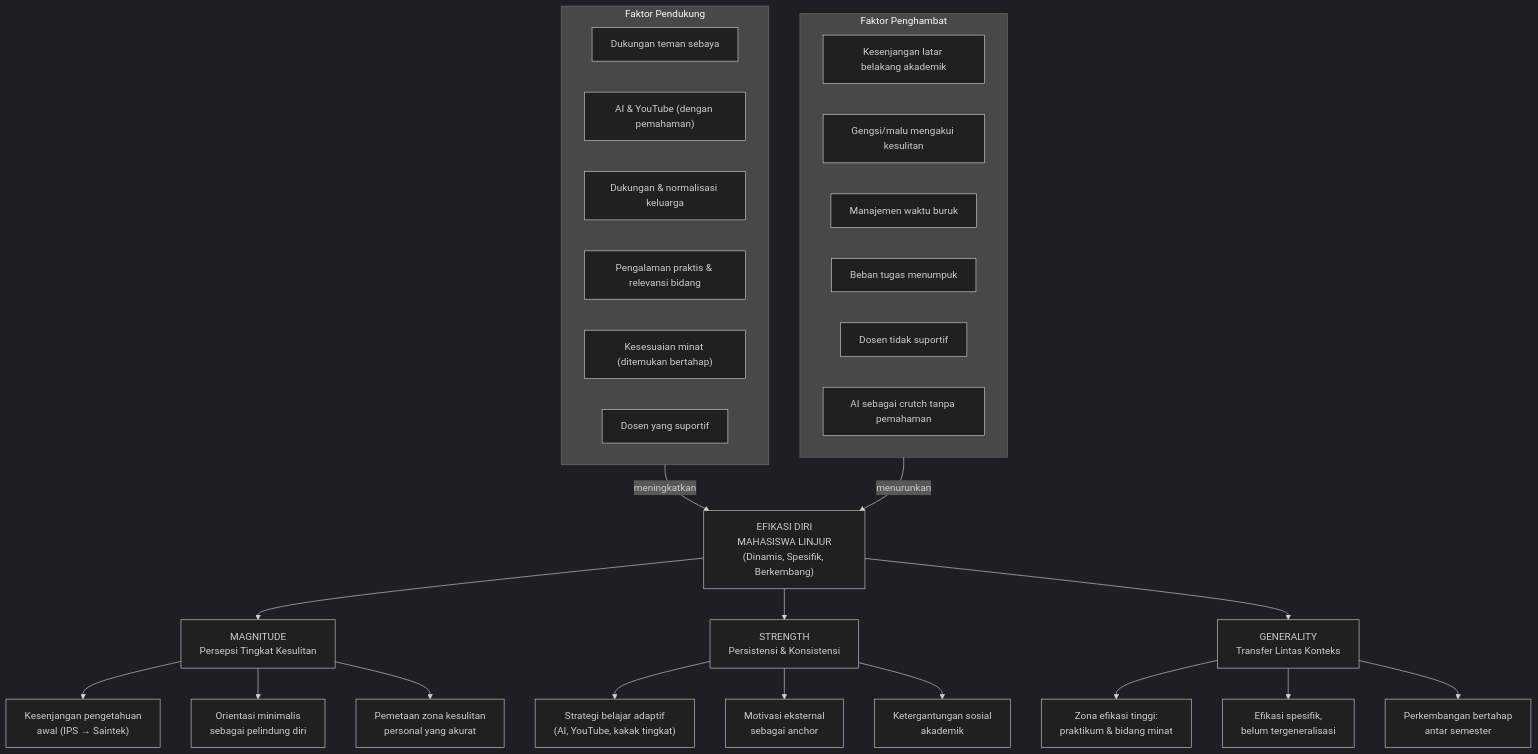
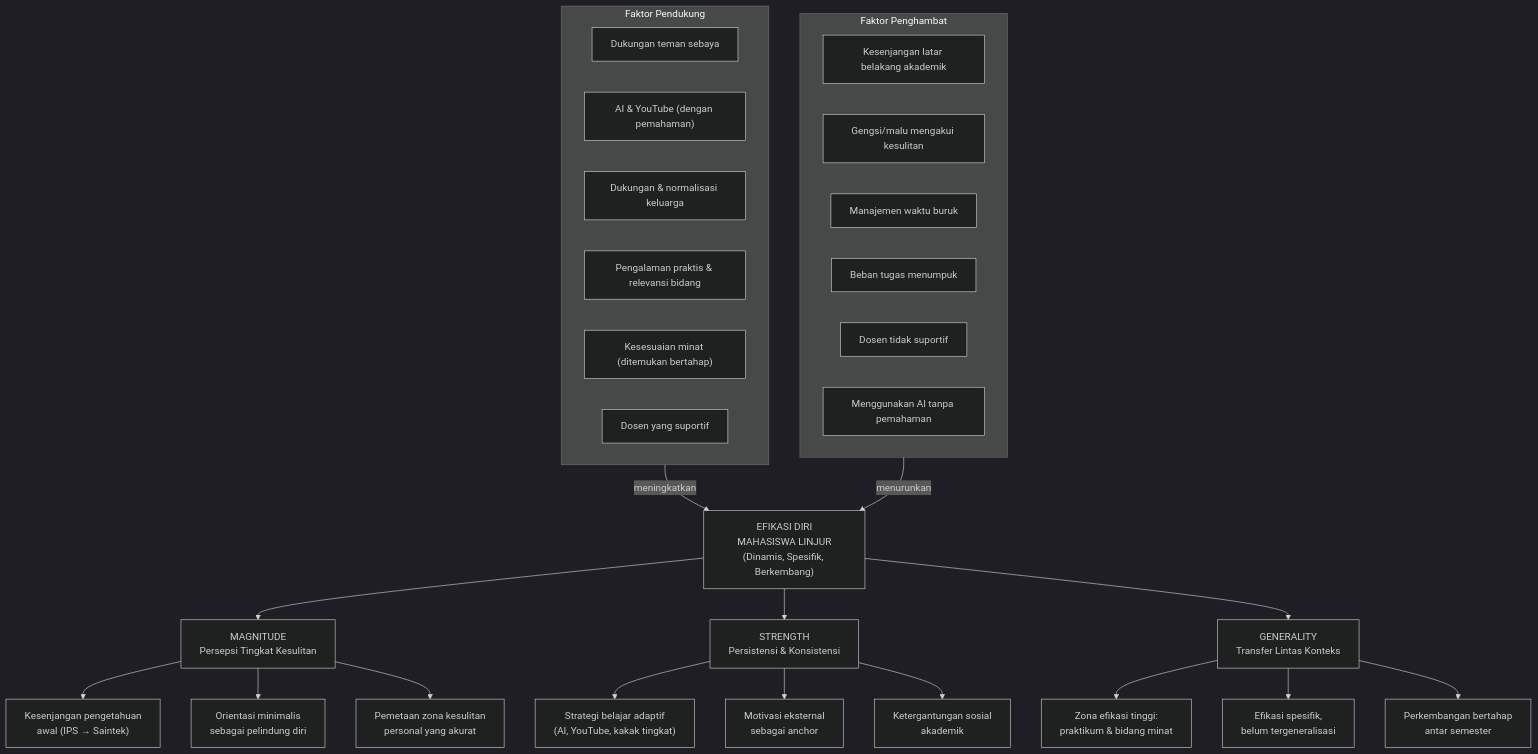
One commit to Soejii/Zettelkasten changed the first of 2 diagrams in College 101/Zettelkasten/Literature Notes/Observasi dan Wawancara/Peta Konsep Linjur.md. Above: the diagram before and after it, drawn with Mermaid (dark theme).

Commit message:
Clarify AI usage phrasing in Linjur concept diagram
Change barrier label from "AI sebagai crutch tanpa pemahaman" to "Menggunakan AI tanpa pemahaman" for more direct and concise language.

````diff
--- a/College 101/Zettelkasten/Literature Notes/Observasi dan Wawancara/Peta Konsep Linjur.md
+++ b/College 101/Zettelkasten/Literature Notes/Observasi dan Wawancara/Peta Konsep Linjur.md
@@ -10,41 +10,41 @@
 ```mermaid
 flowchart TD
     subgraph PENDUKUNG["Faktor Pendukung"]
         fp1["Dukungan teman sebaya"]
         fp2["AI & YouTube (dengan pemahaman)"]
         fp3["Dukungan & normalisasi keluarga"]
         fp4["Pengalaman praktis & relevansi bidang"]
         fp5["Kesesuaian minat (ditemukan bertahap)"]
         fp6["Dosen yang suportif"]
     end
 
     EDL["EFIKASI DIRI\nMAHASISWA LINJUR\n(Dinamis, Spesifik, Berkembang)"]
 
     subgraph PENGHAMBAT["Faktor Penghambat"]
         fh1["Kesenjangan latar belakang akademik"]
         fh2["Gengsi/malu mengakui kesulitan"]
         fh3["Manajemen waktu buruk"]
         fh4["Beban tugas menumpuk"]
         fh5["Dosen tidak suportif"]
-        fh6["AI sebagai crutch tanpa pemahaman"]
+        fh6["Menggunakan AI tanpa pemahaman"]
     end
 
     PENDUKUNG -->|meningkatkan| EDL
     PENGHAMBAT -->|menurunkan| EDL
 
     EDL --> MAG["MAGNITUDE\nPersepsi Tingkat Kesulitan"]
     EDL --> STR["STRENGTH\nPersistensi & Konsistensi"]
     EDL --> GEN["GENERALITY\nTransfer Lintas Konteks"]
 
     MAG --> M1["Kesenjangan pengetahuan\nawal (IPS → Saintek)"]
     MAG --> M2["Orientasi minimalis\nsebagai pelindung diri"]
     MAG --> M3["Pemetaan zona kesulitan\npersonal yang akurat"]
 
     STR --> S1["Strategi belajar adaptif\n(AI, YouTube, kakak tingkat)"]
     STR --> S2["Motivasi eksternal\nsebagai anchor"]
     STR --> S3["Ketergantungan sosial\nakademik"]
 
     GEN --> G1["Zona efikasi tinggi:\npraktikum & bidang minat"]
     GEN --> G2["Efikasi spesifik,\nbelum tergeneralisasi"]
     GEN --> G3["Perkembangan bertahap\nantar semester"]
 ```
````
